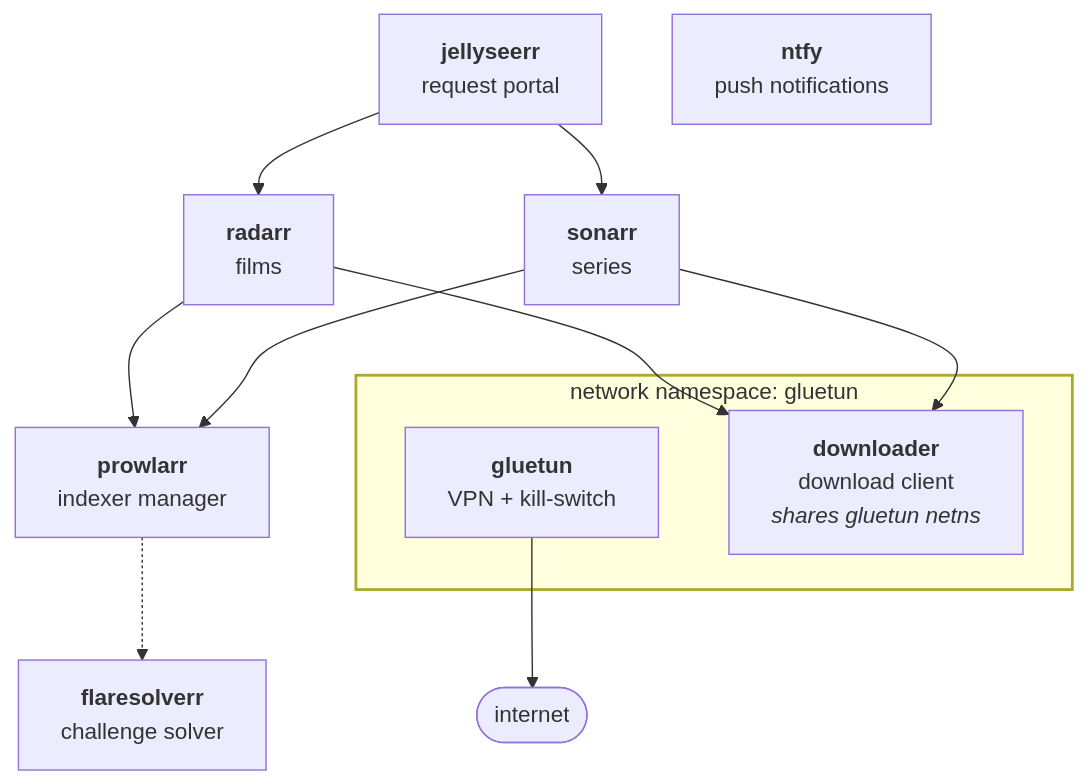
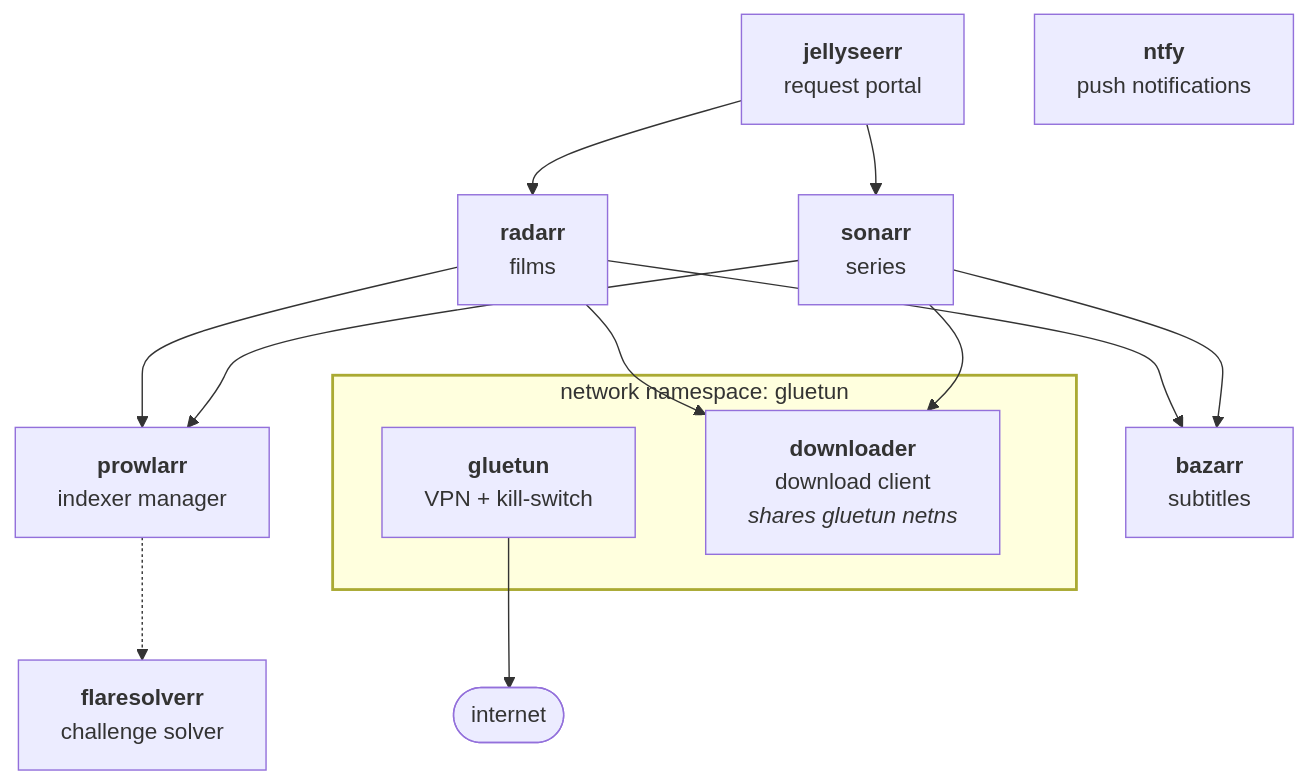
Before and after one commit to km-kushmathur/homelab: the diagram in docs/setup/05-media-stack.md, drawn with Mermaid. The commit also changed 17 other files, not shown here.

````diff
--- a/docs/setup/05-media-stack.md
+++ b/docs/setup/05-media-stack.md
@@ -9,22 +9,24 @@
 ```mermaid
 graph TB
     SEERR["<b>jellyseerr</b><br/>request portal"]
     RAD["<b>radarr</b><br/>films"]
     SON["<b>sonarr</b><br/>series"]
     PROW["<b>prowlarr</b><br/>indexer manager"]
     FLARE["<b>flaresolverr</b><br/>challenge solver"]
+    BAZ["<b>bazarr</b><br/>subtitles"]
     NTFY["<b>ntfy</b><br/>push notifications"]
 
     subgraph vpn["network namespace: gluetun"]
         GLU["<b>gluetun</b><br/>VPN + kill-switch"]
         DL["<b>downloader</b><br/>download client<br/><i>shares gluetun netns</i>"]
     end
 
     SEERR --> RAD & SON
     RAD & SON --> PROW
+    RAD & SON --> BAZ
     PROW -.-> FLARE
     RAD & SON --> DL
     GLU --> WAN(["internet"])
 
     style vpn stroke-width:2px
 ```
````
